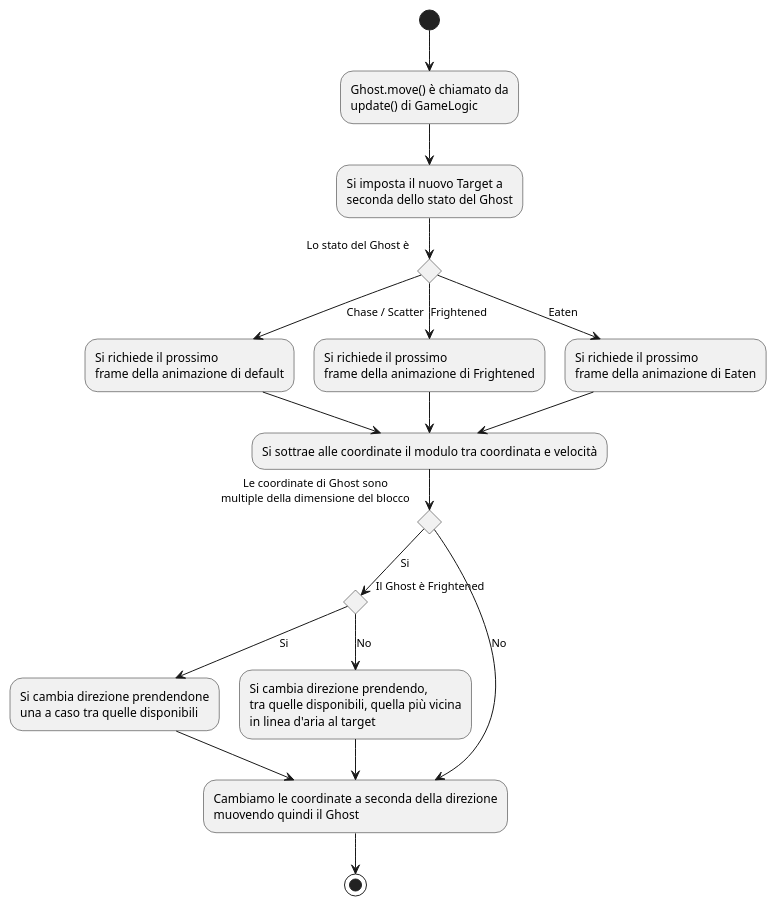
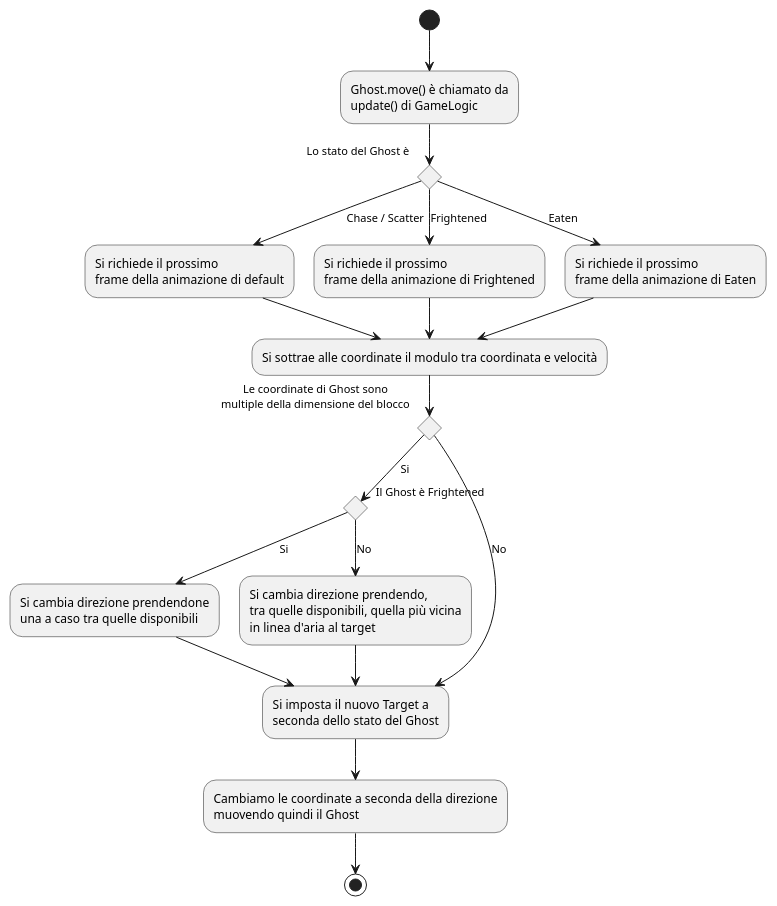
One commit to frnocentini/jpacman changed the diagram in UMLs/Ghost.move().puml. Above: the diagram before and after it, drawn with PlantUML. The commit also changed 101 other files, not shown here.

```diff
--- a/UMLs/Ghost.move().puml
+++ b/UMLs/Ghost.move().puml
@@ -1,26 +1,26 @@
 @startuml
 (*)  --> "Ghost.move() è chiamato da\nupdate() di GameLogic"
---> "Si imposta il nuovo Target a\nseconda dello stato del Ghost"
 If "Lo stato del Ghost è" then
 --> [Chase / Scatter] "Si richiede il prossimo\nframe della animazione di default"
 --> "Si sottrae alle coordinate il modulo tra coordinata e velocità"
 else
 --> [Frightened] "Si richiede il prossimo\nframe della animazione di Frightened"
 --> "Si sottrae alle coordinate il modulo tra coordinata e velocità"
 else
 --> [Eaten] "Si richiede il prossimo\nframe della animazione di Eaten"
 --> "Si sottrae alle coordinate il modulo tra coordinata e velocità"
 Endif
 --> If "Le coordinate di Ghost sono\nmultiple della dimensione del blocco" then
 --> [Si] If "Il Ghost è Frightened" then
 --> [Si] "Si cambia direzione prendendone\nuna a caso tra quelle disponibili"
---> "Cambiamo le coordinate a seconda della direzione\nmuovendo quindi il Ghost"
+--> "Si imposta il nuovo Target a\nseconda dello stato del Ghost"
 else
 --> [No] "Si cambia direzione prendendo,\ntra quelle disponibili, quella più vicina\nin linea d'aria al target"
---> "Cambiamo le coordinate a seconda della direzione\nmuovendo quindi il Ghost"
+--> "Si imposta il nuovo Target a\nseconda dello stato del Ghost"
 Endif
 else
---> [No] "Cambiamo le coordinate a seconda della direzione\nmuovendo quindi il Ghost"
+--> [No] "Si imposta il nuovo Target a\nseconda dello stato del Ghost"
 Endif
+--> "Cambiamo le coordinate a seconda della direzione\nmuovendo quindi il Ghost"
 -->(*)
 @enduml
```
